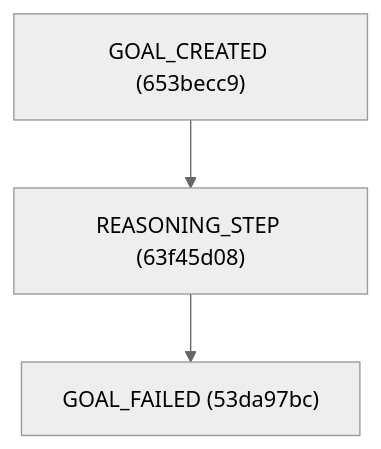
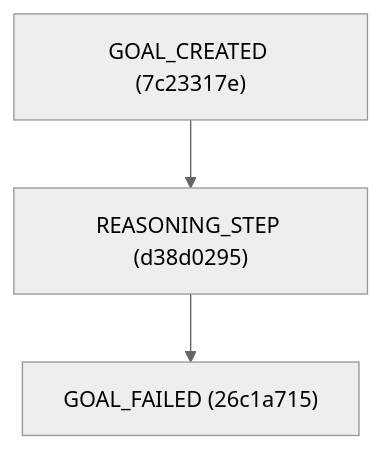
Before and after one commit to miltzhaw/langraph_playground: the third of 4 diagrams in realistic_dag.md, drawn with Mermaid (neutral theme). The commit also changed other lines of this file and 32 other files, not shown here.

````diff
--- a/realistic_dag.md
+++ b/realistic_dag.md
@@ -33,8 +27,8 @@
 ```mermaid
 graph TD
-    653becc9["GOAL_CREATED (653becc9)"]
-    63f45d08["REASONING_STEP (63f45d08)"]
-    53da97bc["GOAL_FAILED (53da97bc)"]
-    653becc9 --> 63f45d08
-    63f45d08 --> 53da97bc
+    7c23317e["GOAL_CREATED (7c23317e)"]
+    d38d0295["REASONING_STEP (d38d0295)"]
+    26c1a715["GOAL_FAILED (26c1a715)"]
+    d38d0295 --> 26c1a715
+    7c23317e --> d38d0295
 ```
````
